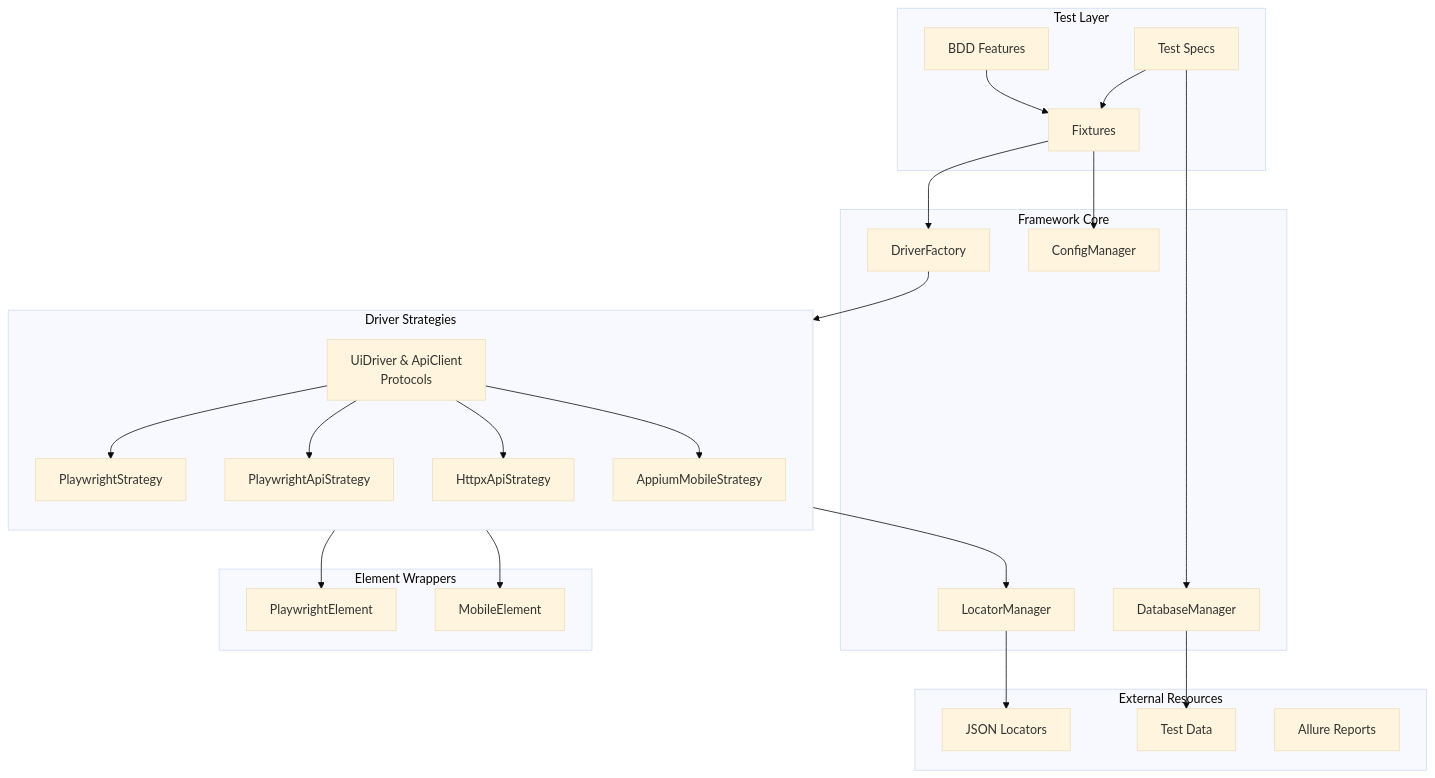
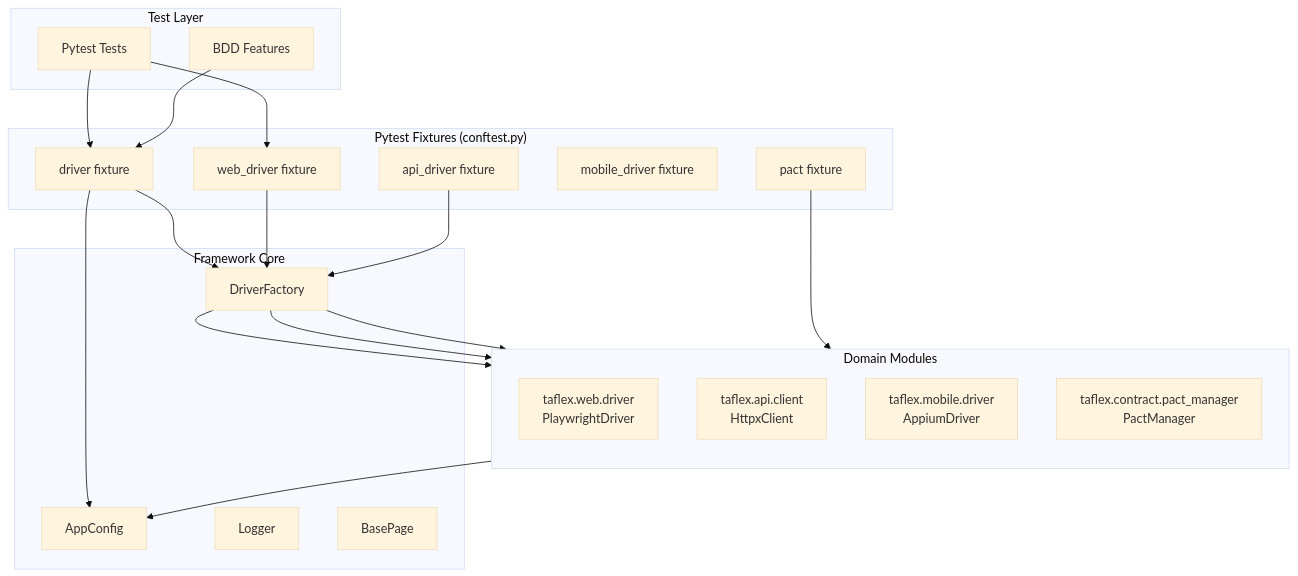
Before and after one commit to vinipx/TAFLEX-PY: the first of 2 diagrams in docs/docs/architecture/overview.md, drawn with Mermaid (base theme). The commit also changed other lines of this file and 4 other files, not shown here.

Commit message:
docs: rewrite architecture, configuration and add scaffolding wizard section for modular framework

````diff
--- a/docs/docs/architecture/overview.md
+++ b/docs/docs/architecture/overview.md
@@ -23,55 +23,46 @@
 ```mermaid
 flowchart TB
     subgraph "Test Layer"
-        TC[Test Specs]
+        TC[Pytest Tests]
         BDD[BDD Features]
-        FIX[Fixtures]
+    end
+
+    subgraph "Pytest Fixtures (conftest.py)"
+        DRV[driver fixture]
+        WDRV[web_driver fixture]
+        ADRV[api_driver fixture]
+        MDRV[mobile_driver fixture]
+        PACT[pact fixture]
     end
 
     subgraph "Framework Core"
+        CFG[AppConfig]
         DF[DriverFactory]
-        LM[LocatorManager]
-        CM[ConfigManager]
-        DB[DatabaseManager]
+        LOG[Logger]
+        BP[BasePage]
     end
 
-    subgraph "Driver Strategies"
+    subgraph "Domain Modules"
         direction TB
-        ADS[UiDriver & ApiClient<br/>Protocols]
-        PDS[PlaywrightStrategy]
-        APIS[PlaywrightApiStrategy]
-        HXP[HttpxApiStrategy]
-        AMS[AppiumMobileStrategy]
+        WEB[taflex.web.driver\nPlaywrightDriver]
+        API[taflex.api.client\nHttpxClient]
+        MOB[taflex.mobile.driver\nAppiumDriver]
+        CTR[taflex.contract.pact_manager\nPactManager]
     end
 
-    subgraph "Element Wrappers"
-        PE[PlaywrightElement]
-        ME[MobileElement]
-    end
-
-    subgraph "External Resources"
-        JSON[JSON Locators]
-        DATA[Test Data]
-        ALR[Allure Reports]
-    end
-
-    TC --> FIX
-    BDD --> FIX
-    FIX --> DF
-    FIX --> CM
-
-    DF --> ADS
-    ADS --> PDS
-    ADS --> APIS
-    ADS --> HXP
-    ADS --> AMS
-
-    PDS --> PE
-    AMS --> ME
-
-    ADS --> LM
-    LM --> JSON
-
-    TC --> DB
-    DB --> DATA
+    TC --> DRV
+    TC --> WDRV
+    BDD --> DRV
+    
+    DRV --> CFG
+    DRV --> DF
+    WDRV --> DF
+    ADRV --> DF
+    
+    DF --> WEB
+    DF --> API
+    DF --> MOB
+    
+    PACT --> CTR
+    CTR --> CFG
 ```
````
